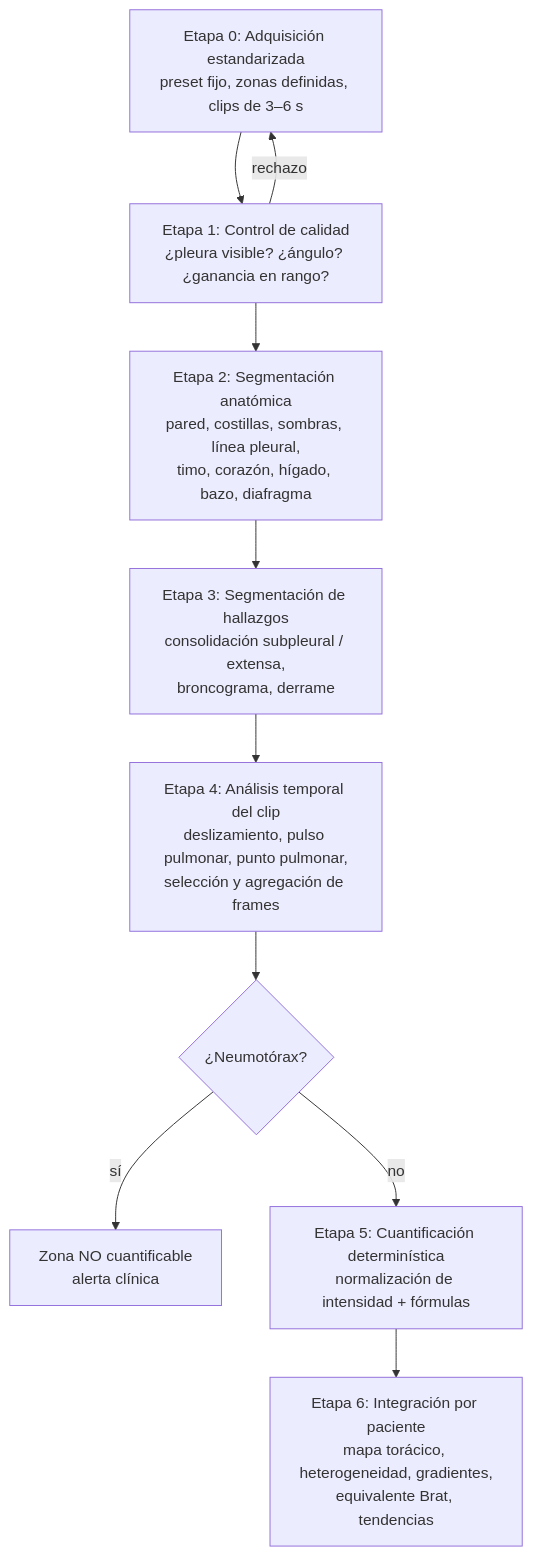
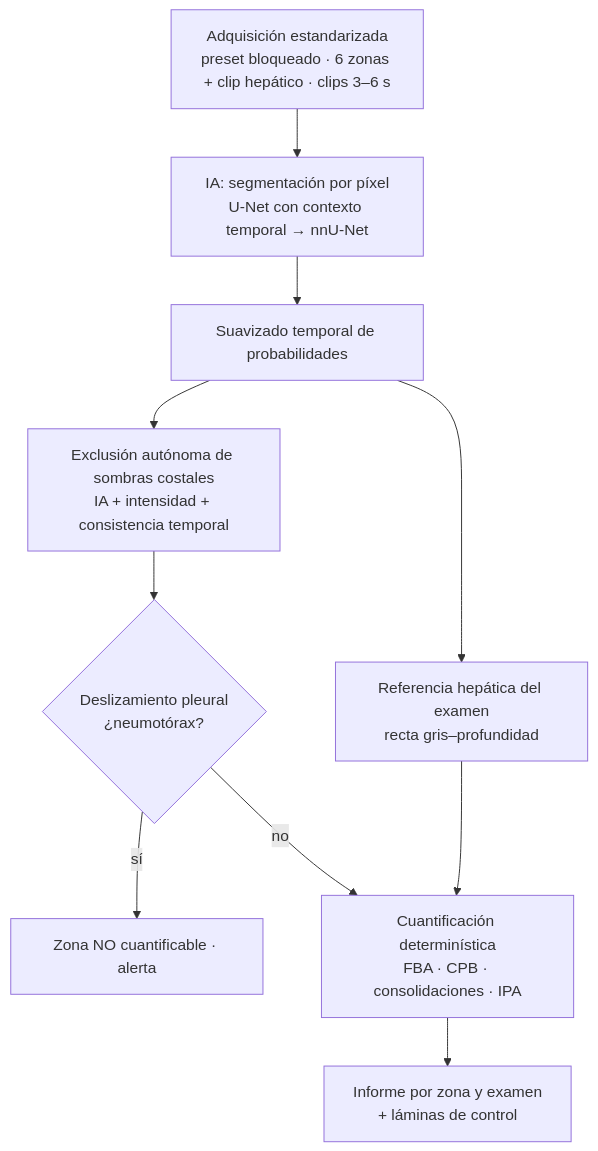
Before and after one commit to neonatologoscsm-eng/Lus-score-cuantitativo: the diagram in docs/propuesta-tecnica.md, drawn with Mermaid. The commit also changed other lines of this file and 24 other files, not shown here.

First line of the commit message:
Enfoque IA: segmentación, sombras costales, normalización hepática y score ecográfico

````diff
--- a/docs/propuesta-tecnica.md
+++ b/docs/propuesta-tecnica.md
@@ -45,12 +47,12 @@
 ```mermaid
 flowchart TD
-    A[Etapa 0: Adquisición estandarizada<br/>preset fijo, zonas definidas, clips de 3–6 s] --> B[Etapa 1: Control de calidad<br/>¿pleura visible? ¿ángulo? ¿ganancia en rango?]
-    B -->|rechazo| A
-    B --> C[Etapa 2: Segmentación anatómica<br/>pared, costillas, sombras, línea pleural,<br/>timo, corazón, hígado, bazo, diafragma]
-    C --> D[Etapa 3: Segmentación de hallazgos<br/>consolidación subpleural / extensa,<br/>broncograma, derrame]
-    D --> E[Etapa 4: Análisis temporal del clip<br/>deslizamiento, pulso pulmonar, punto pulmonar,<br/>selección y agregación de frames]
-    E --> F{¿Neumotórax?}
-    F -->|sí| G[Zona NO cuantificable<br/>alerta clínica]
-    F -->|no| H[Etapa 5: Cuantificación determinística<br/>normalización de intensidad + fórmulas]
-    H --> I[Etapa 6: Integración por paciente<br/>mapa torácico, heterogeneidad, gradientes,<br/>equivalente Brat, tendencias]
+    A[Adquisición estandarizada<br/>preset bloqueado · 6 zonas + clip hepático · clips 3–6 s] --> B[IA: segmentación por píxel<br/>U-Net con contexto temporal → nnU-Net]
+    B --> C[Suavizado temporal de probabilidades]
+    C --> D[Exclusión autónoma de sombras costales<br/>IA + intensidad + consistencia temporal]
+    C --> E[Referencia hepática del examen<br/>recta gris–profundidad]
+    D --> F{Deslizamiento pleural<br/>¿neumotórax?}
+    F -->|sí| G[Zona NO cuantificable · alerta]
+    F -->|no| H[Cuantificación determinística<br/>FBA · CPB · consolidaciones · IPA]
+    E --> H
+    H --> I[Informe por zona y examen<br/>+ láminas de control]
 ```
````
